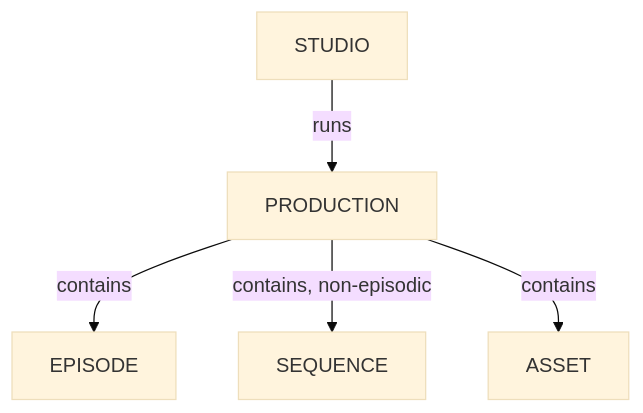
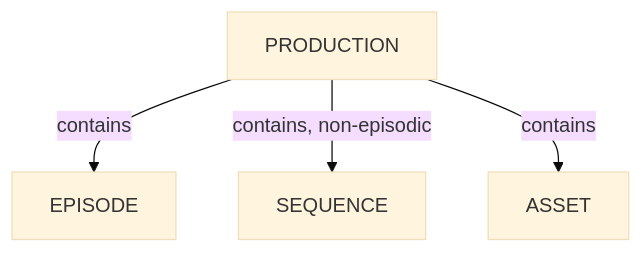
One commit to cgwire/kitsu changed the diagram in docs/guides/production-structure/manage-productions/index.md. Above: the diagram before and after it, drawn with Mermaid (base theme). The commit also changed other lines of this file and 39 other files, not shown here.

````diff
--- a/docs/guides/production-structure/manage-productions/index.md
+++ b/docs/guides/production-structure/manage-productions/index.md
@@ -5,9 +5,7 @@
 ```mermaid
 flowchart TD
-    STUDIO -->|runs| PRODUCTION
-
     PRODUCTION -->|contains| EPISODE
     PRODUCTION -->|contains, non-episodic| SEQUENCE
 
     PRODUCTION -->|contains| ASSET
 ```
````
